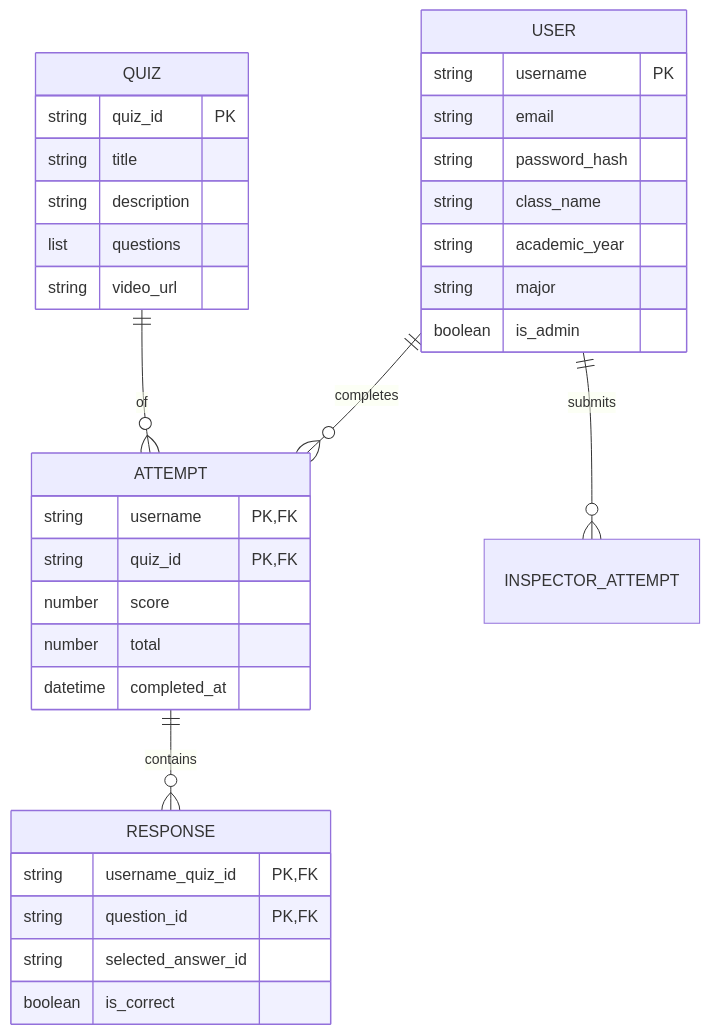
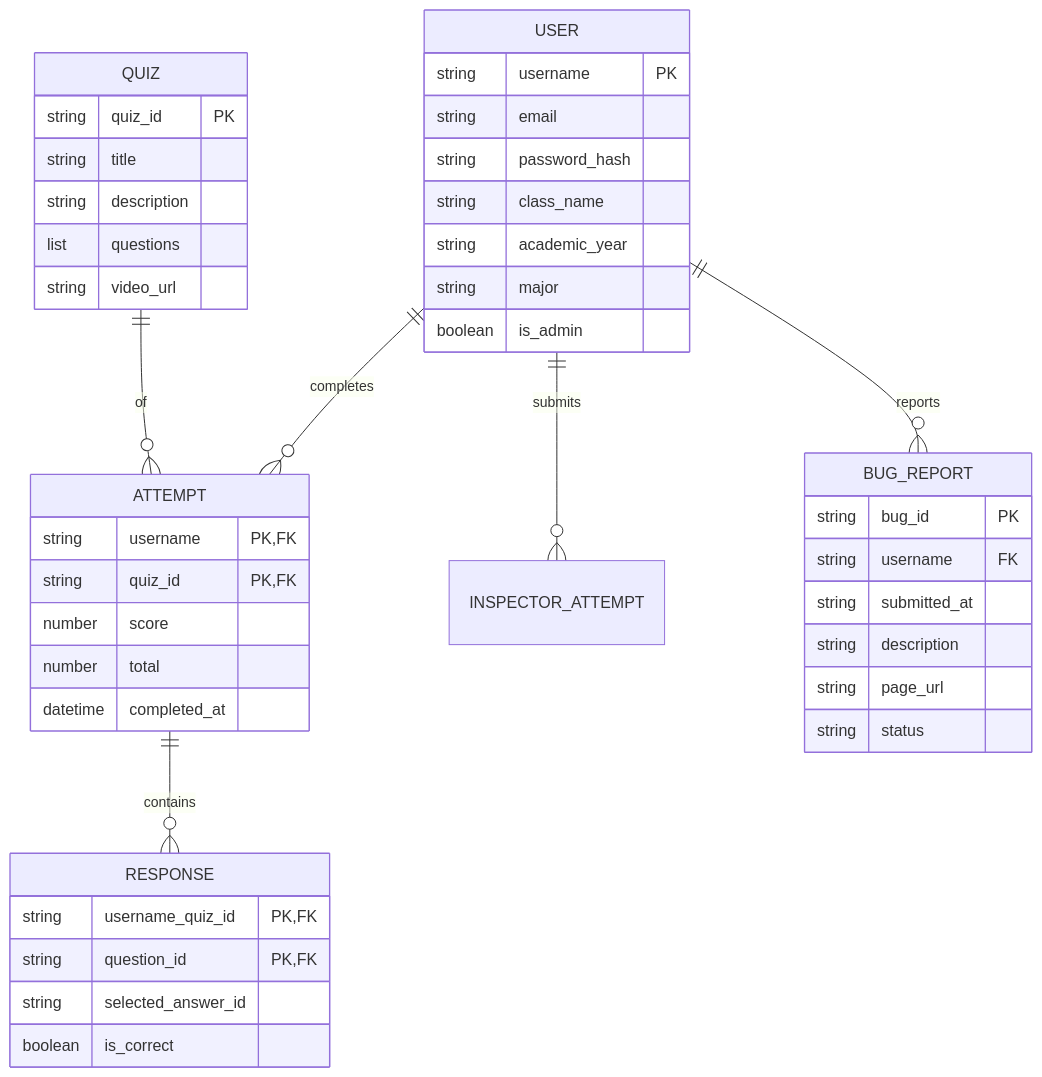
Before and after one commit to Panacota96/master-Project-Phishing: the second of 2 diagrams in documentation/dev/ARCHITECTURE.md, drawn with Mermaid. The commit also changed other lines of this file and 11 other files, not shown here.

First line of the commit message:
feat: add global 'Report Bug' feature with admin management view

````diff
--- a/documentation/dev/ARCHITECTURE.md
+++ b/documentation/dev/ARCHITECTURE.md
@@ -38,40 +38,50 @@
 ```mermaid
 erDiagram
     USER ||--o{ ATTEMPT : completes
     QUIZ ||--o{ ATTEMPT : of
     ATTEMPT ||--o{ RESPONSE : contains
     USER ||--o{ INSPECTOR_ATTEMPT : submits
+    USER ||--o{ BUG_REPORT : reports
     
     USER {
         string username PK
         string email
         string password_hash
         string class_name
         string academic_year
         string major
         boolean is_admin
     }
     
     QUIZ {
         string quiz_id PK
         string title
         string description
         list questions
         string video_url
     }
     
     ATTEMPT {
         string username PK, FK
         string quiz_id PK, FK
         number score
         number total
         datetime completed_at
     }
     
     RESPONSE {
         string username_quiz_id PK, FK
         string question_id PK, FK
         string selected_answer_id
         boolean is_correct
     }
+    
+    BUG_REPORT {
+        string bug_id PK
+        string username FK
+        string submitted_at
+        string description
+        string page_url
+        string status
+    }
 ```
````
